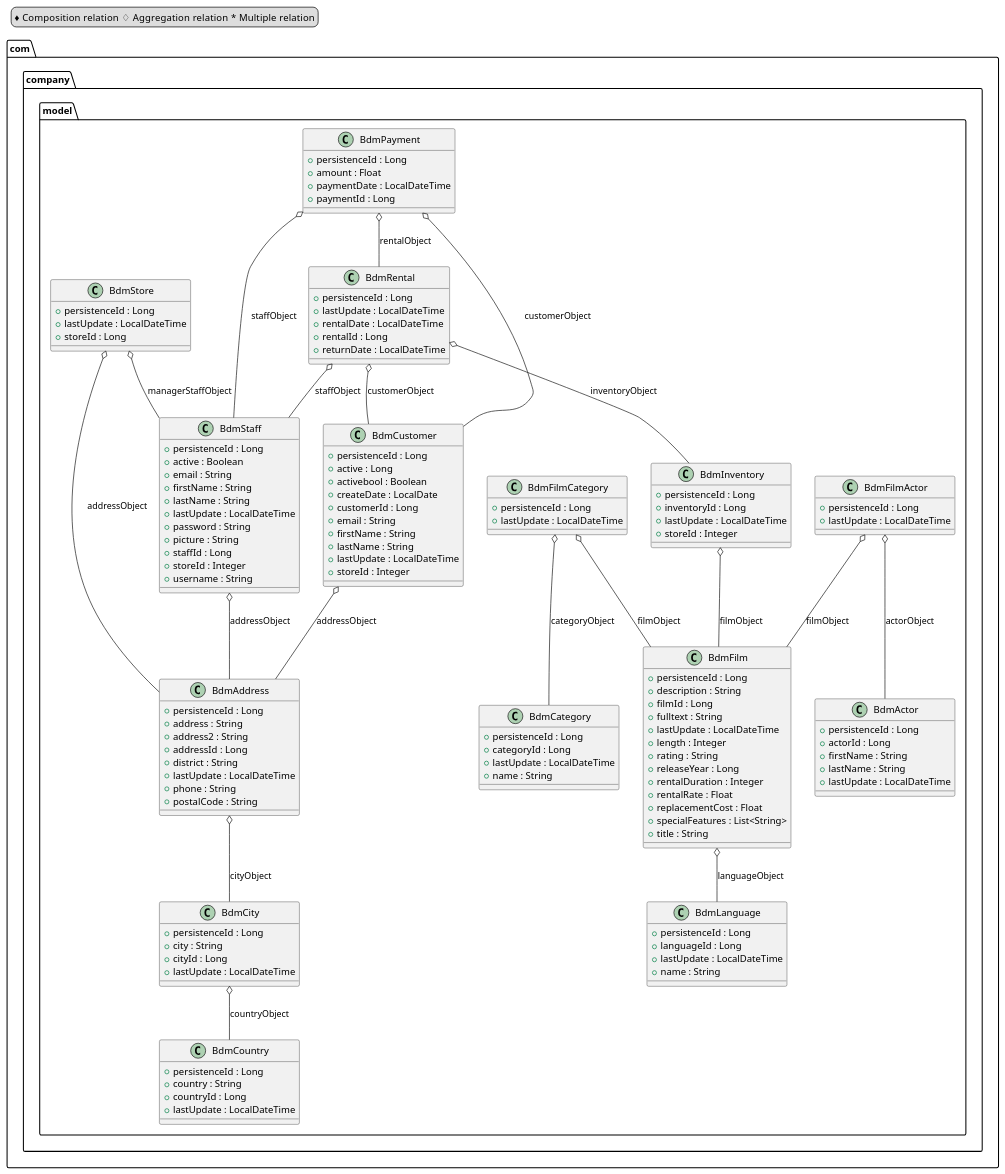
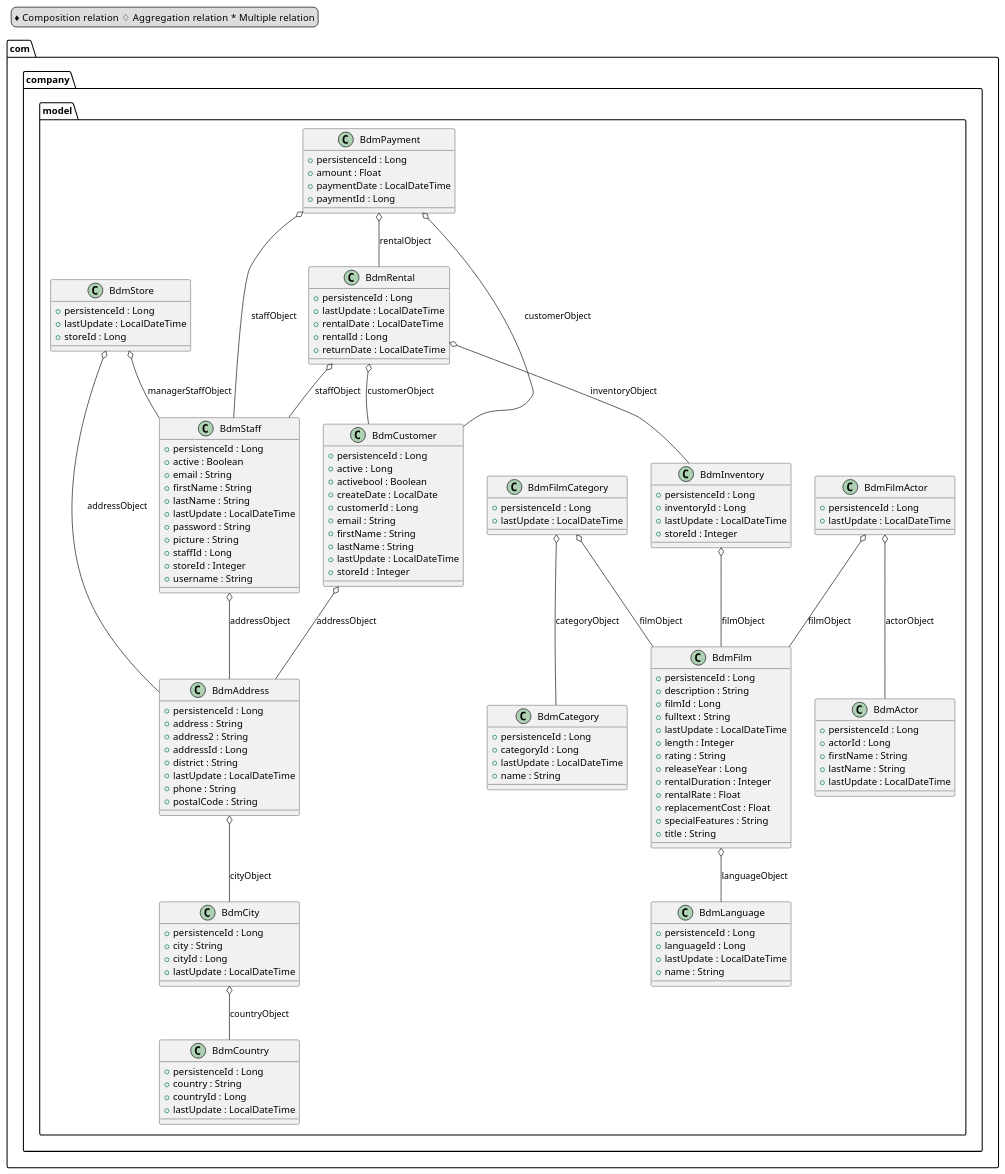
One commit to bonitasoft-presales/demo-BDM-generation changed the diagram in documentation/plantuml/bdm.plantuml. Above: the diagram before and after it, drawn with PlantUML. The commit also changed 3 other files, not shown here.

```diff
--- a/documentation/plantuml/bdm.plantuml
+++ b/documentation/plantuml/bdm.plantuml
@@ -1,158 +1,158 @@
 @startuml
 
 package com.company.model {
 
     class BdmActor {
         +persistenceId : Long
         +actorId : Long
         +firstName : String
         +lastName : String
         +lastUpdate : LocalDateTime
     }
 
     class BdmAddress {
         +persistenceId : Long
         +address : String
         +address2 : String
         +addressId : Long
         +district : String
         +lastUpdate : LocalDateTime
         +phone : String
         +postalCode : String
     }
 
     class BdmCategory {
         +persistenceId : Long
         +categoryId : Long
         +lastUpdate : LocalDateTime
         +name : String
     }
 
     class BdmCity {
         +persistenceId : Long
         +city : String
         +cityId : Long
         +lastUpdate : LocalDateTime
     }
 
     class BdmCountry {
         +persistenceId : Long
         +country : String
         +countryId : Long
         +lastUpdate : LocalDateTime
     }
 
     class BdmCustomer {
         +persistenceId : Long
         +active : Long
         +activebool : Boolean
         +createDate : LocalDate
         +customerId : Long
         +email : String
         +firstName : String
         +lastName : String
         +lastUpdate : LocalDateTime
         +storeId : Integer
     }
 
     class BdmFilm {
         +persistenceId : Long
         +description : String
         +filmId : Long
         +fulltext : String
         +lastUpdate : LocalDateTime
         +length : Integer
         +rating : String
         +releaseYear : Long
         +rentalDuration : Integer
         +rentalRate : Float
         +replacementCost : Float
-        +specialFeatures : List<String>
+        +specialFeatures : String
         +title : String
     }
 
     class BdmFilmActor {
         +persistenceId : Long
         +lastUpdate : LocalDateTime
     }
 
     class BdmFilmCategory {
         +persistenceId : Long
         +lastUpdate : LocalDateTime
     }
 
     class BdmInventory {
         +persistenceId : Long
         +inventoryId : Long
         +lastUpdate : LocalDateTime
         +storeId : Integer
     }
 
     class BdmLanguage {
         +persistenceId : Long
         +languageId : Long
         +lastUpdate : LocalDateTime
         +name : String
     }
 
     class BdmPayment {
         +persistenceId : Long
         +amount : Float
         +paymentDate : LocalDateTime
         +paymentId : Long
     }
 
     class BdmRental {
         +persistenceId : Long
         +lastUpdate : LocalDateTime
         +rentalDate : LocalDateTime
         +rentalId : Long
         +returnDate : LocalDateTime
     }
 
     class BdmStaff {
         +persistenceId : Long
         +active : Boolean
         +email : String
         +firstName : String
         +lastName : String
         +lastUpdate : LocalDateTime
         +password : String
         +picture : String
         +staffId : Long
         +storeId : Integer
         +username : String
     }
 
     class BdmStore {
         +persistenceId : Long
         +lastUpdate : LocalDateTime
         +storeId : Long
     }
 
 }
 
 BdmAddress o--  BdmCity : cityObject
 BdmCity o--  BdmCountry : countryObject
 BdmCustomer o--  BdmAddress : addressObject
 BdmFilm o--  BdmLanguage : languageObject
 BdmFilmActor o--  BdmActor : actorObject
 BdmFilmActor o--  BdmFilm : filmObject
 BdmFilmCategory o--  BdmCategory : categoryObject
 BdmFilmCategory o--  BdmFilm : filmObject
 BdmInventory o--  BdmFilm : filmObject
 BdmPayment o--  BdmCustomer : customerObject
 BdmPayment o--  BdmRental : rentalObject
 BdmPayment o--  BdmStaff : staffObject
 BdmRental o--  BdmCustomer : customerObject
 BdmRental o--  BdmInventory : inventoryObject
 BdmRental o--  BdmStaff : staffObject
 BdmStaff o--  BdmAddress : addressObject
 BdmStore o--  BdmAddress : addressObject
 BdmStore o--  BdmStaff : managerStaffObject
 
 legend top left
 &#9830; Composition relation  &#9826; Aggregation relation  &#42; Multiple relation
 endlegend
 
 @enduml
```
